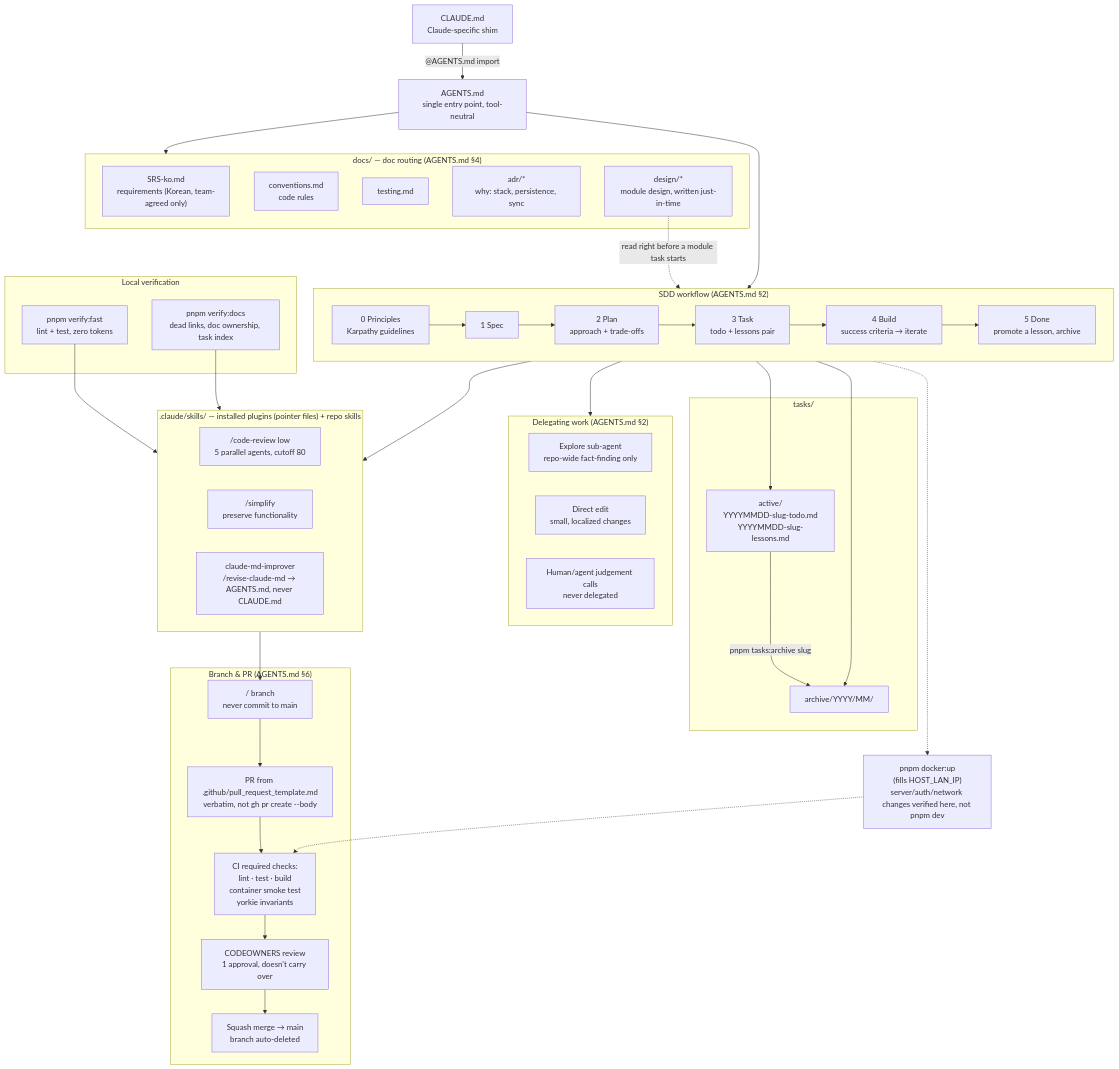
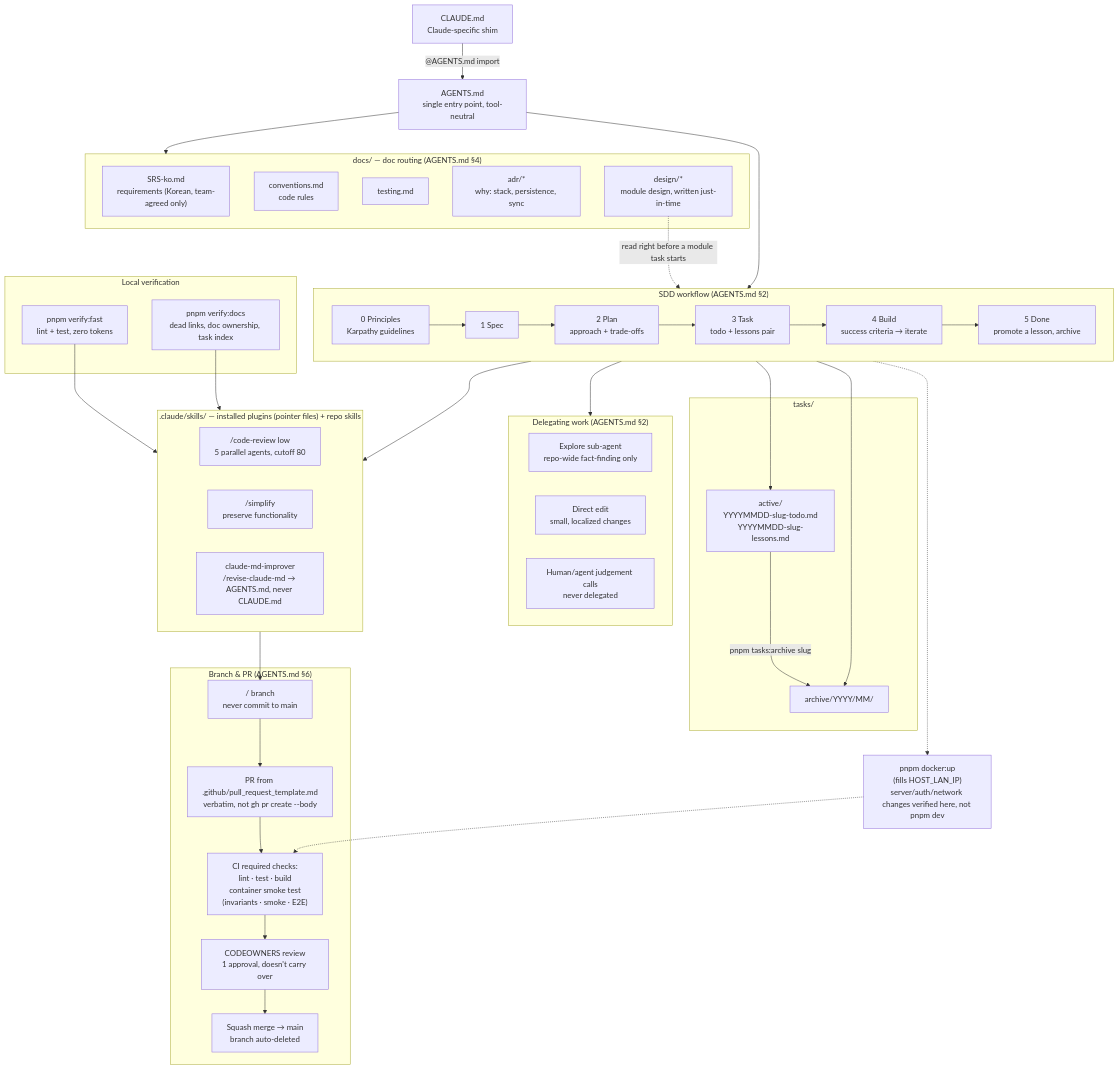
Before and after one commit to CBNU-TeamH/RMF-Block: the diagram in HARNESS-ARCHITECTURE.md, drawn with Mermaid. The commit also changed 20 other files, not shown here.

````diff
--- a/HARNESS-ARCHITECTURE.md
+++ b/HARNESS-ARCHITECTURE.md
@@ -7,66 +7,66 @@
 ```mermaid
 graph TB
   CLAUDE["CLAUDE.md<br/>Claude-specific shim"] -->|"@AGENTS.md import"| AGENTS["AGENTS.md<br/>single entry point, tool-neutral"]
 
   subgraph Docs["docs/ — doc routing (AGENTS.md §4)"]
     SRS["SRS-ko.md<br/>requirements (Korean, team-agreed only)"]
     Conventions["conventions.md<br/>code rules"]
     Testing["testing.md"]
     ADR["adr/*<br/>why: stack, persistence, sync"]
     Design["design/*<br/>module design, written just-in-time"]
   end
   AGENTS --> Docs
 
   subgraph Workflow["SDD workflow (AGENTS.md §2)"]
     direction LR
     Principles["0 Principles<br/>Karpathy guidelines"] --> Spec["1 Spec"]
     Spec --> Plan["2 Plan<br/>approach + trade-offs"]
     Plan --> Task["3 Task<br/>todo + lessons pair"]
     Task --> Build["4 Build<br/>success criteria → iterate"]
     Build --> Done["5 Done<br/>promote a lesson, archive"]
   end
   AGENTS --> Workflow
   Design -.->|"read right before a module task starts"| Task
 
   subgraph Tasks["tasks/"]
     Active["active/<br/>YYYYMMDD-slug-todo.md<br/>YYYYMMDD-slug-lessons.md"]
     Archive["archive/YYYY/MM/"]
     Active -->|"pnpm tasks:archive slug"| Archive
   end
   Task --> Active
   Done --> Archive
 
   subgraph Delegation["Delegating work (AGENTS.md §2)"]
     Explore["Explore sub-agent<br/>repo-wide fact-finding only"]
     Direct["Direct edit<br/>small, localized changes"]
     Human["Human/agent judgement calls<br/>never delegated"]
   end
   Build --> Delegation
 
   subgraph Skills[".claude/skills/ — installed plugins (pointer files) + repo skills"]
     CodeReview["/code-review low<br/>5 parallel agents, cutoff 80"]
     Simplify["/simplify<br/>preserve functionality"]
     ClaudeMd["claude-md-improver<br/>/revise-claude-md → AGENTS.md, never CLAUDE.md"]
   end
   Build --> Skills
 
   subgraph Verify["Local verification"]
     VerifyFast["pnpm verify:fast<br/>lint + test, zero tokens"]
     VerifyDocs["pnpm verify:docs<br/>dead links, doc ownership, task index"]
   end
   VerifyFast --> Skills
   VerifyDocs --> Skills
 
   subgraph PRFlow["Branch & PR (AGENTS.md §6)"]
     Branch["<type>/<slug> branch<br/>never commit to main"]
     Template["PR from .github/pull_request_template.md<br/>verbatim, not gh pr create --body"]
-    CI["CI required checks:<br/>lint · test · build<br/>container smoke test<br/>yorkie invariants"]
+    CI["CI required checks:<br/>lint · test · build<br/>container smoke test<br/>(invariants · smoke · E2E)"]
     CodeOwners["CODEOWNERS review<br/>1 approval, doesn't carry over"]
     Squash["Squash merge → main<br/>branch auto-deleted"]
   end
   Skills --> Branch --> Template --> CI --> CodeOwners --> Squash
 
   ContainerRun["pnpm docker:up<br/>(fills HOST_LAN_IP)<br/>server/auth/network changes verified here, not pnpm dev"]
   Build -.-> ContainerRun
   ContainerRun -.-> CI
 ```
````
